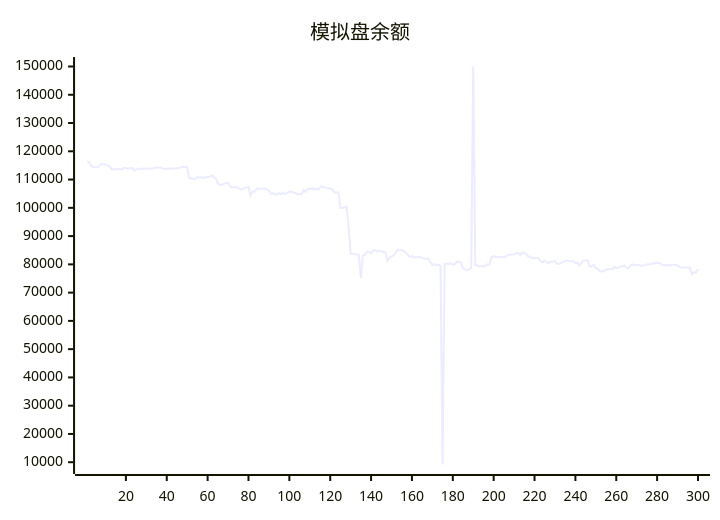
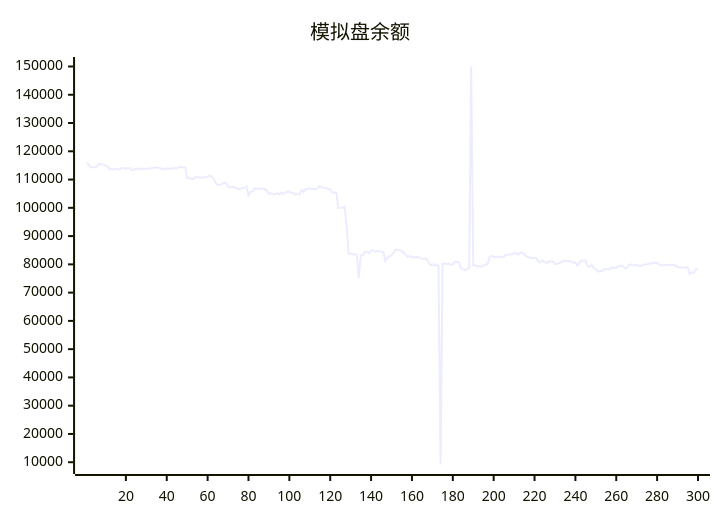
The diagram in README.md (aahl/ai-trading), drawn with Mermaid before and after one commit. The commit also changed other lines of this file and 1 other file, not shown here.

````diff
--- a/README.md
+++ b/README.md
@@ -5,5 +5,5 @@
 ```mermaid
 xychart
     title "模拟盘余额"
-    line [116423,116083,114950,114365,114365,114388,114730,115582,115358,115358,115032,114686,113688,113688,113610,113930,113672,113585,114083,114074,113840,113996,114051,113208,113593,113701,113901,113794,113784,113810,113848,113927,113929,114064,114232,114293,114144,113960,113698,113853,113942,113812,113908,113877,114091,113998,114427,114422,114384,114384,110477,110576,110198,110198,110890,110712,110812,110569,110929,110847,110968,111478,110870,110433,108661,108116,108115,108485,108797,108877,107536,107134,107393,107393,107046,106565,106565,107081,107081,107478,104404,105715,105749,106866,106651,106889,106771,106816,106565,106141,104876,105103,104796,104734,105169,104690,105380,104941,105272,105709,105739,105374,105227,104691,104924,104762,106364,105628,106608,106748,106872,106485,106721,106468,107132,107620,107224,107080,107001,106717,106567,105431,105431,105440,99950,100017,100113,100337,93749,83795,83807,83567,83567,83342,75168,83222,83336,84448,84449,83896,84839,85065,84499,84757,84757,84364,84347,81254,82385,82835,83184,84099,85150,85150,85002,84751,84096,83356,82582,82983,82404,82572,82512,82688,82200,82047,81920,82125,80840,79688,80060,79552,79920,79470,9193,80236,80208,80170,80336,79894,80006,80954,80837,80712,78561,78139,78037,78293,78682,150000,79720,79720,79214,79372,79279,79591,80046,79993,82625,82950,82626,82571,82633,82670,82670,82681,83386,83378,83464,83579,83920,84037,83402,84160,84142,83652,82655,82655,82145,82315,82243,82163,80934,80770,81371,80742,80468,80989,80989,81067,80191,80155,80450,80737,81309,81309,81106,81119,81119,80471,80631,79624,80670,81448,81290,81429,79212,79222,79940,78643,78380,77432,77623,77504,78235,78358,78284,78277,79048,78714,78714,79290,79308,79567,78763,78563,79603,79988,79652,79813,79813,79476,79469,79673,79995,80015,80015,80486,80314,80600,80436,79966,79689,79689,79819,79692,79692,79850,79850,79518,79071,78889,78850,78850,78878,78878,76554,77202,77103,78357]
+    line [116083,114950,114365,114365,114388,114730,115582,115358,115358,115032,114686,113688,113688,113610,113930,113672,113585,114083,114074,113840,113996,114051,113208,113593,113701,113901,113794,113784,113810,113848,113927,113929,114064,114232,114293,114144,113960,113698,113853,113942,113812,113908,113877,114091,113998,114427,114422,114384,114384,110477,110576,110198,110198,110890,110712,110812,110569,110929,110847,110968,111478,110870,110433,108661,108116,108115,108485,108797,108877,107536,107134,107393,107393,107046,106565,106565,107081,107081,107478,104404,105715,105749,106866,106651,106889,106771,106816,106565,106141,104876,105103,104796,104734,105169,104690,105380,104941,105272,105709,105739,105374,105227,104691,104924,104762,106364,105628,106608,106748,106872,106485,106721,106468,107132,107620,107224,107080,107001,106717,106567,105431,105431,105440,99950,100017,100113,100337,93749,83795,83807,83567,83567,83342,75168,83222,83336,84448,84449,83896,84839,85065,84499,84757,84757,84364,84347,81254,82385,82835,83184,84099,85150,85150,85002,84751,84096,83356,82582,82983,82404,82572,82512,82688,82200,82047,81920,82125,80840,79688,80060,79552,79920,79470,9193,80236,80208,80170,80336,79894,80006,80954,80837,80712,78561,78139,78037,78293,78682,150000,79720,79720,79214,79372,79279,79591,80046,79993,82625,82950,82626,82571,82633,82670,82670,82681,83386,83378,83464,83579,83920,84037,83402,84160,84142,83652,82655,82655,82145,82315,82243,82163,80934,80770,81371,80742,80468,80989,80989,81067,80191,80155,80450,80737,81309,81309,81106,81119,81119,80471,80631,79624,80670,81448,81290,81429,79212,79222,79940,78643,78380,77432,77623,77504,78235,78358,78284,78277,79048,78714,78714,79290,79308,79567,78763,78563,79603,79988,79652,79813,79813,79476,79469,79673,79995,80015,80015,80486,80314,80600,80436,79966,79689,79689,79819,79692,79692,79850,79850,79518,79071,78889,78850,78850,78878,78878,76554,77202,77103,78357,78510]
 ```
````
